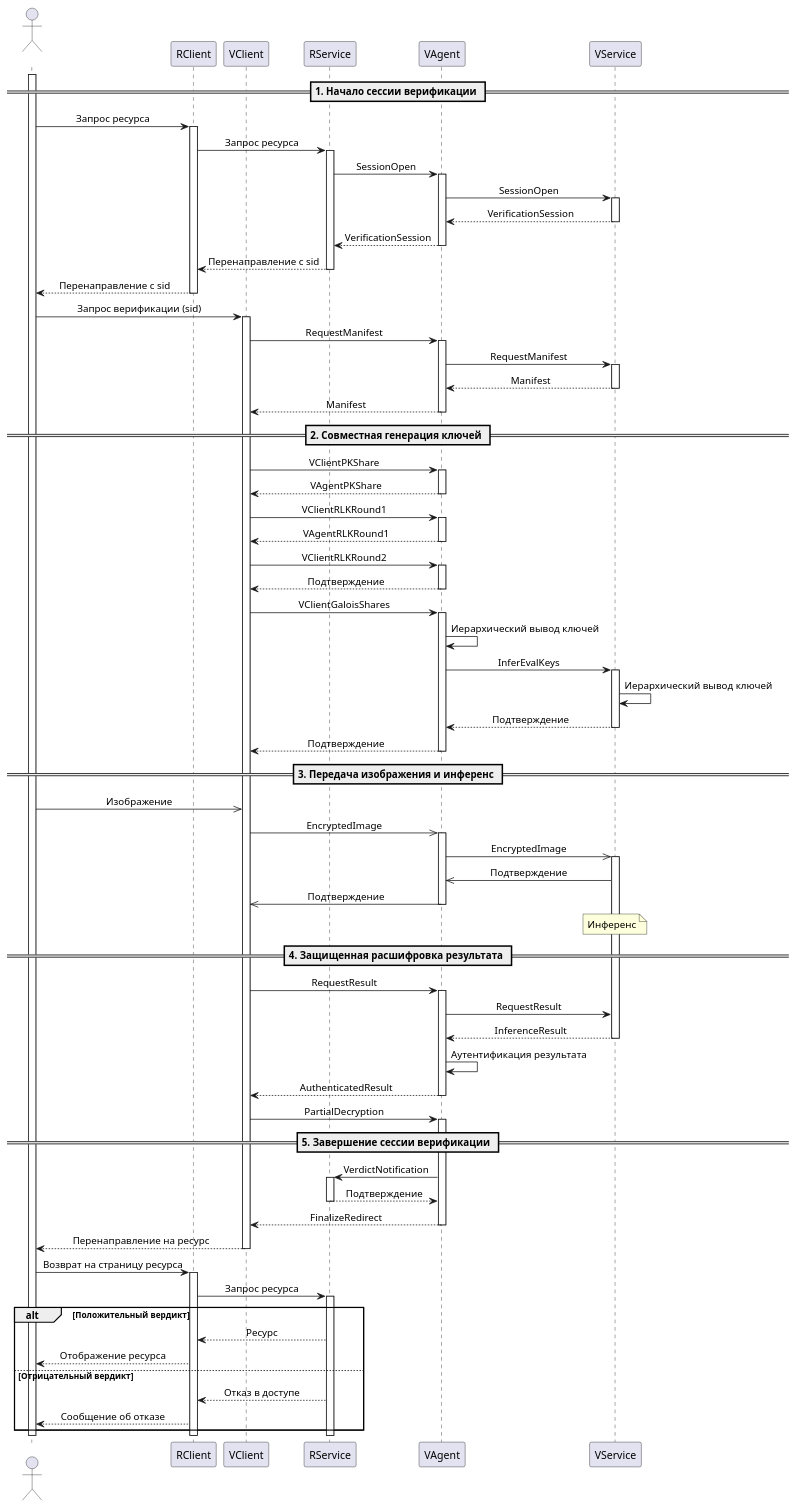
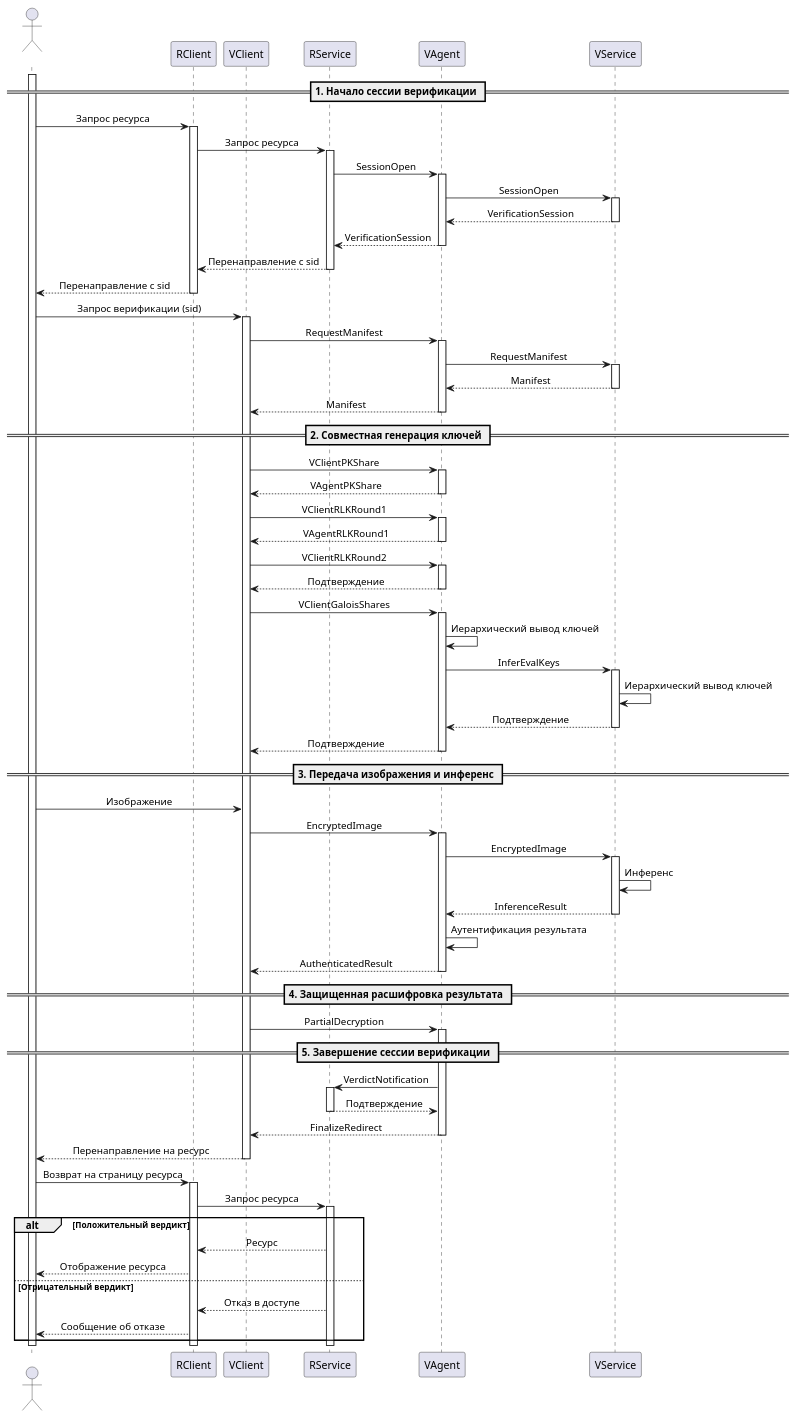
One commit to butvinm/ppiav changed the diagram in docs/protocol-simple.puml. Above: the diagram before and after it, drawn with PlantUML. The commit also changed 52 other files, not shown here.

```diff
--- a/docs/protocol-simple.puml
+++ b/docs/protocol-simple.puml
@@ -1,84 +1,74 @@
 @startuml protocol-simple
 skinparam responseMessageBelowArrow true
 skinparam sequenceMessageAlign center
 skinparam maxMessageSize 200
 
 actor " " as User
 participant "RClient" as ResourceClient
 participant "VClient" as VerificationClient
 participant "RService" as ResourceService
 participant "VAgent" as VerificationAgent
 participant "VService" as VerificationService
 
 activate User
 
 == 1. Начало сессии верификации ==
 User -> ResourceClient ++ : Запрос ресурса
 ResourceClient -> ResourceService ++ : Запрос ресурса
 ResourceService -> VerificationAgent ++ : SessionOpen
 VerificationAgent -> VerificationService ++ : SessionOpen
 VerificationService --> VerificationAgent -- : VerificationSession
 VerificationAgent --> ResourceService -- : VerificationSession
 ResourceService --> ResourceClient -- : Перенаправление с sid
 ResourceClient --> User -- : Перенаправление с sid
 User -> VerificationClient ++ : Запрос верификации (sid)
 VerificationClient -> VerificationAgent ++ : RequestManifest
 VerificationAgent -> VerificationService ++ : RequestManifest
 VerificationService --> VerificationAgent -- : Manifest
 VerificationAgent --> VerificationClient -- : Manifest
 
 == 2. Совместная генерация ключей ==
 VerificationClient -> VerificationAgent ++ : VClientPKShare
 VerificationAgent --> VerificationClient -- : VAgentPKShare
 VerificationClient -> VerificationAgent ++ : VClientRLKRound1
 VerificationAgent --> VerificationClient -- : VAgentRLKRound1
 VerificationClient -> VerificationAgent ++ : VClientRLKRound2
 VerificationAgent --> VerificationClient -- : Подтверждение
 VerificationClient -> VerificationAgent ++ : VClientGaloisShares
 VerificationAgent -> VerificationAgent : Иерархический вывод ключей
 VerificationAgent -> VerificationService ++ : InferEvalKeys
 VerificationService -> VerificationService : Иерархический вывод ключей
 VerificationService --> VerificationAgent -- : Подтверждение
 VerificationAgent --> VerificationClient -- : Подтверждение
 
 == 3. Передача изображения и инференс ==
-User ->> VerificationClient : Изображение
-VerificationClient ->> VerificationAgent : EncryptedImage
-activate VerificationAgent
-VerificationAgent ->> VerificationService : EncryptedImage
-activate VerificationService
-VerificationService ->> VerificationAgent : Подтверждение
-VerificationAgent ->> VerificationClient : Подтверждение
-deactivate VerificationAgent
-note over VerificationService : Инференс
+User -> VerificationClient : Изображение
+VerificationClient -> VerificationAgent ++ : EncryptedImage
+VerificationAgent -> VerificationService ++ : EncryptedImage
+VerificationService -> VerificationService : Инференс
+VerificationService --> VerificationAgent -- : InferenceResult
+VerificationAgent -> VerificationAgent : Аутентификация результата
+VerificationAgent --> VerificationClient -- : AuthenticatedResult
 
 == 4. Защищенная расшифровка результата ==
-VerificationClient -> VerificationAgent : RequestResult
-activate VerificationAgent
-VerificationAgent -> VerificationService : RequestResult
-VerificationService --> VerificationAgent : InferenceResult
-deactivate VerificationService
-VerificationAgent -> VerificationAgent : Аутентификация результата
-VerificationAgent --> VerificationClient : AuthenticatedResult
-deactivate VerificationAgent
 VerificationClient -> VerificationAgent ++ : PartialDecryption
 
 == 5. Завершение сессии верификации ==
 VerificationAgent -> ResourceService ++ : VerdictNotification
 ResourceService --> VerificationAgent -- : Подтверждение
 VerificationAgent --> VerificationClient -- : FinalizeRedirect
 VerificationClient --> User -- : Перенаправление на ресурс
 User -> ResourceClient ++ : Возврат на страницу ресурса
 ResourceClient -> ResourceService ++ : Запрос ресурса
 alt Положительный вердикт
     ResourceService --> ResourceClient : Ресурс
     ResourceClient --> User : Отображение ресурса
 else Отрицательный вердикт
     ResourceService --> ResourceClient : Отказ в доступе
     ResourceClient --> User : Сообщение об отказе
 end
 deactivate ResourceService
 deactivate ResourceClient
 deactivate User
 
 @enduml
```
